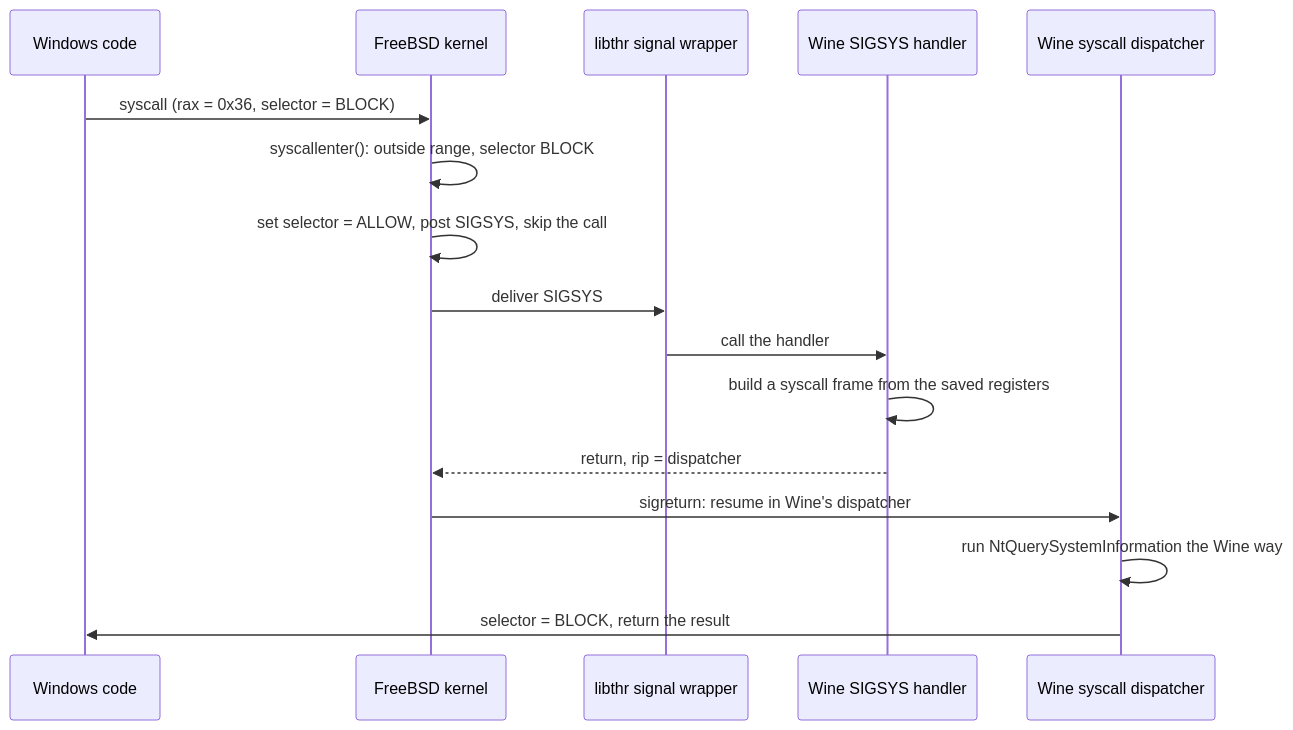
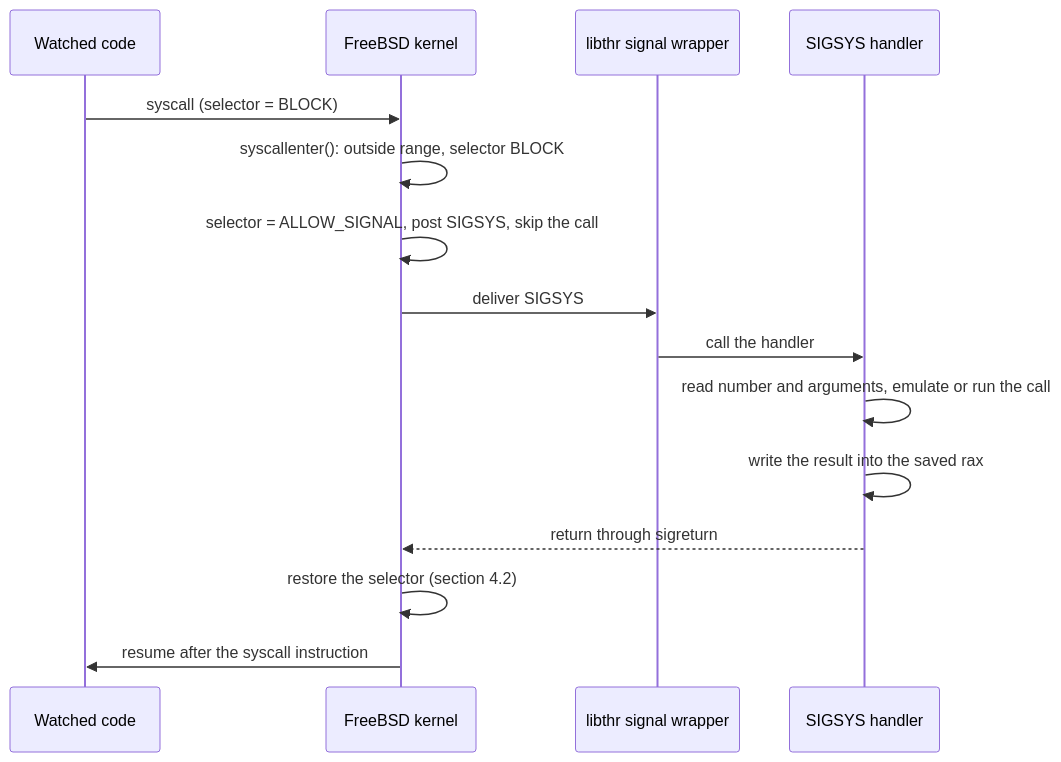
One commit to ocochard/myscripts changed the second of 2 diagrams in FreeBSD/docs/procctl_syscall_dispatch.md. Above: the diagram before and after it, drawn with Mermaid. The commit also changed other lines of this file and 1 other file, not shown here.

First line of the commit message:
FreeBSD/docs: syscall dispatch: describe the feature, not just Wine

````diff
--- a/FreeBSD/docs/procctl_syscall_dispatch.md
+++ b/FreeBSD/docs/procctl_syscall_dispatch.md
@@ -169,18 +194,17 @@
 ```mermaid
 sequenceDiagram
-    participant W as Windows code
+    participant C as Watched code
     participant K as FreeBSD kernel
     participant L as libthr signal wrapper
-    participant H as Wine SIGSYS handler
-    participant D as Wine syscall dispatcher
-    W->>K: syscall (rax = 0x36, selector = BLOCK)
+    participant H as SIGSYS handler
+    C->>K: syscall (selector = BLOCK)
     K->>K: syscallenter(): outside range, selector BLOCK
-    K->>K: set selector = ALLOW, post SIGSYS, skip the call
+    K->>K: selector = ALLOW_SIGNAL, post SIGSYS, skip the call
     K->>L: deliver SIGSYS
     L->>H: call the handler
-    H->>H: build a syscall frame from the saved registers
-    H-->>K: return, rip = dispatcher
-    K->>D: sigreturn: resume in Wine's dispatcher
-    D->>D: run NtQuerySystemInformation the Wine way
-    D->>W: selector = BLOCK, return the result
+    H->>H: read number and arguments, emulate or run the call
+    H->>H: write the result into the saved rax
+    H-->>K: return through sigreturn
+    K->>K: restore the selector (section 4.2)
+    K->>C: resume after the syscall instruction
 ```
````
